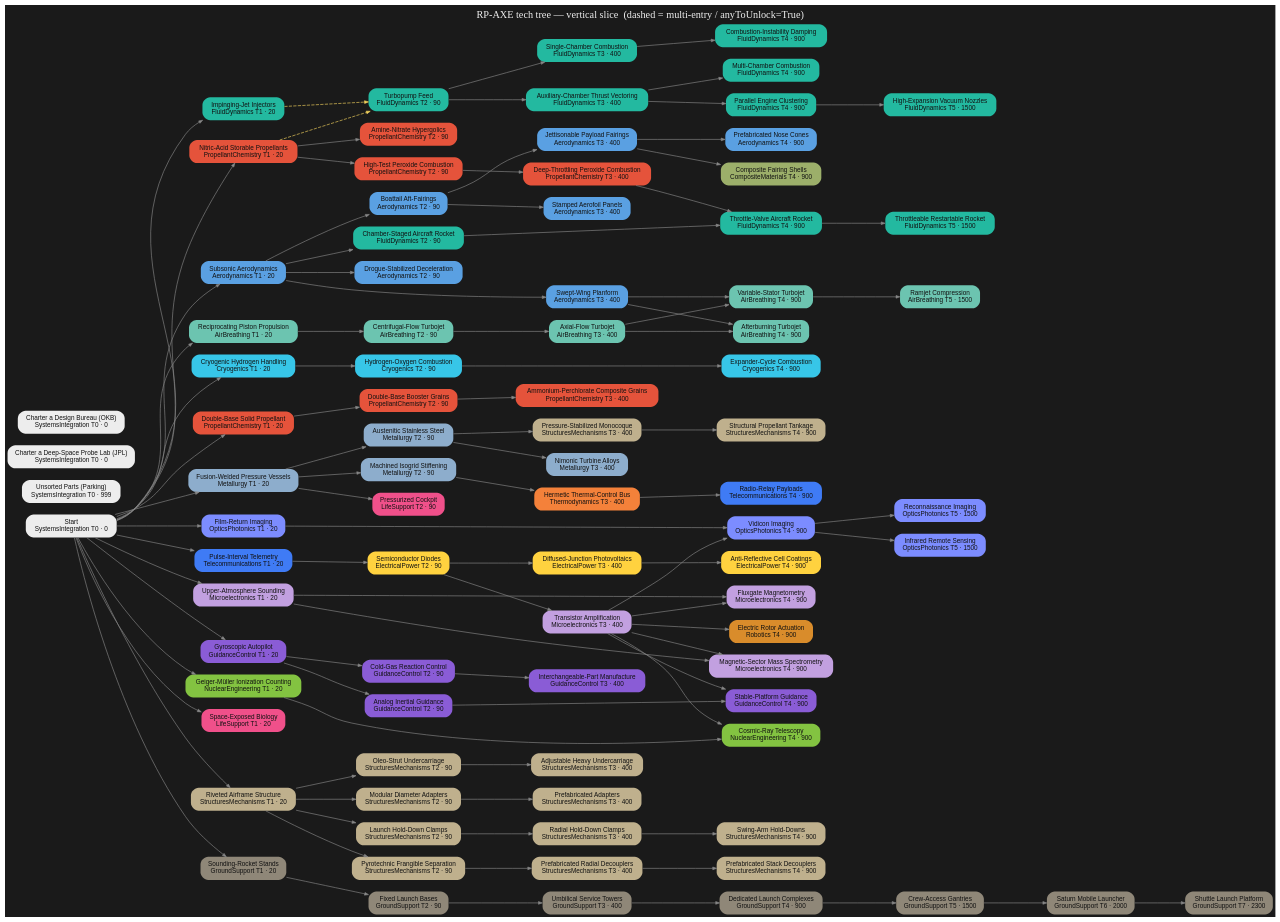
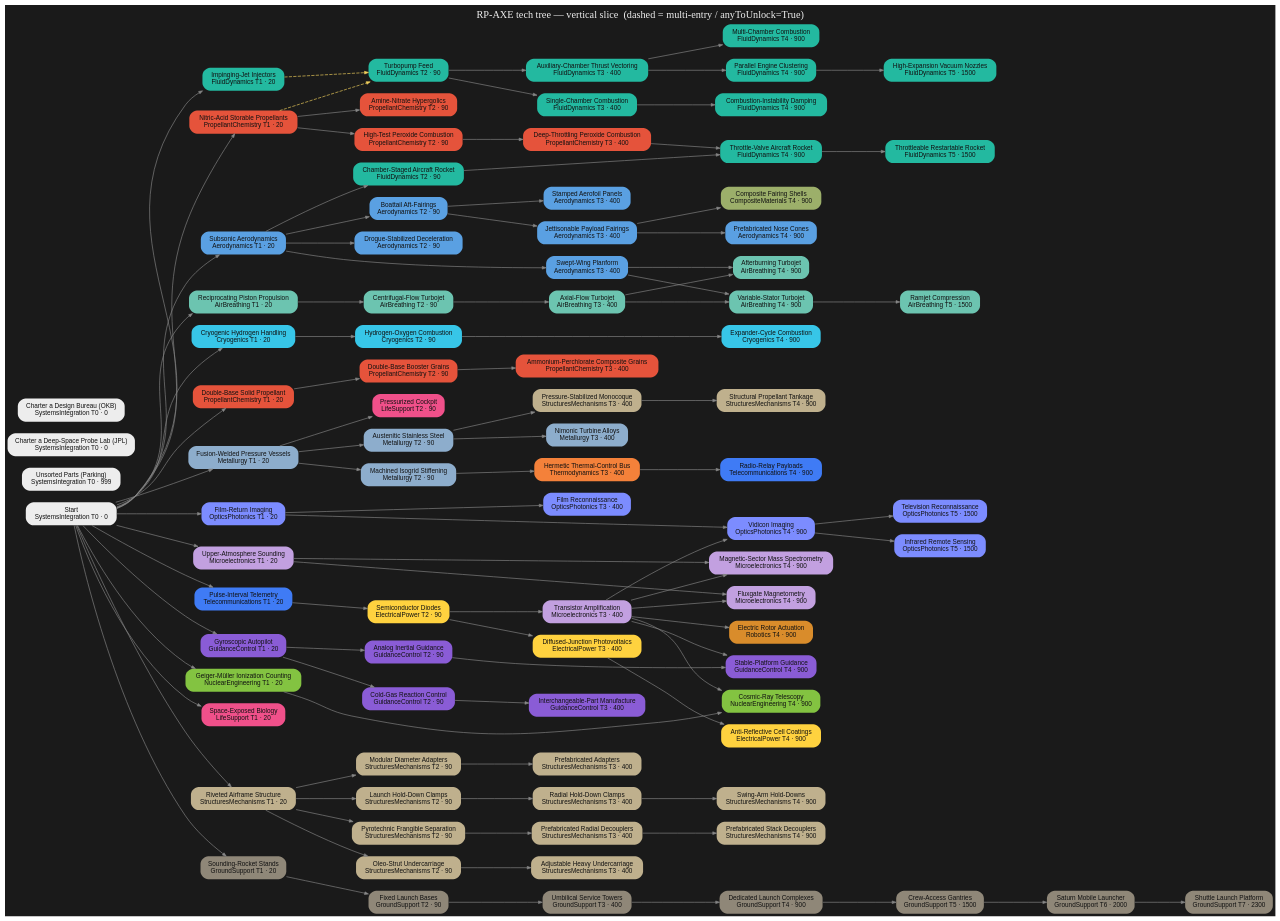
Before and after one commit to miskoltrans/RP-AXE: the diagram in tree/render/axe-tree.dot, drawn with Graphviz. The commit also changed 6 other files, not shown here.

First line of the commit message:
tree(band1): split Reconnaissance Imaging into film vs television recon

```diff
--- a/tree/render/axe-tree.dot
+++ b/tree/render/axe-tree.dot
@@ -87,14 +87,15 @@
   "gs_shuttlePad" [label="Shuttle Launch Platform\nGroundSupport T7 · 2300",fillcolor="#8f8778",fontcolor="#111111"];
   "aero_prefabNoseCones" [label="Prefabricated Nose Cones\nAerodynamics T4 · 900",fillcolor="#5aa0e2",fontcolor="#111111"];
   "nuc_cosmicRay" [label="Cosmic-Ray Telescopy\nNuclearEngineering T4 · 900",fillcolor="#83c341",fontcolor="#111111"];
-  "opt_recon" [label="Reconnaissance Imaging\nOpticsPhotonics T5 · 1500",fillcolor="#7c8cff",fontcolor="#111111"];
+  "opt_recon" [label="Film Reconnaissance\nOpticsPhotonics T3 · 400",fillcolor="#7c8cff",fontcolor="#111111"];
+  "opt_tvRecon" [label="Television Reconnaissance\nOpticsPhotonics T5 · 1500",fillcolor="#7c8cff",fontcolor="#111111"];
   "opt_remoteSensing" [label="Infrared Remote Sensing\nOpticsPhotonics T5 · 1500",fillcolor="#7c8cff",fontcolor="#111111"];
   { rank=same; "start" "parking" "hire_JPL" "hire_OKB" }
   { rank=same; "pc_storables" "cryo_hydrogen" "pc_doubleBaseSolid" "fd_injectors" "met_weldedTank" "tel_telemetry" "opt_filmReturn" "nuc_geiger" "bio_cultures" "mic_atmoSounding" "aero_subsonicWing" "str_structuralHardware" "gnc_postWarAvionics" "prop_recipEngine" "gs_soundingStands" }
   { rank=same; "fd_turbopumpFeed" "cryo_hydroloxPrototype" "pc_doubleBaseBooster" "pc_hypergolics" "pc_htp" "met_stainlessSteel" "met_isogrid" "str_staging" "elec_semiconductorDiode" "gnc_rcs" "aero_recovery" "str_landingGear" "av_centrifugalJet" "fd_rocketplaneRocket" "gnc_avionicsPrototypes" "aero_boattail" "str_diameterAdapters" "life_pilotedCockpits" "gs_launchClamps" "gs_launchBases" }
-  { rank=same; "fd_singleChamber" "fd_verniers" "pc_compositeSolid" "pc_stentor" "met_nimonic" "str_balloonTank" "aero_fairings" "th_hermeticBus" "elec_transistor" "elec_siliconPV" "str_adjustableGear" "av_axialJet" "aero_supersonicWing" "gnc_standardRCS" "aero_stampedWings" "str_prefabAdapters" "str_radialDecouplers" "gs_radialClamps" "gs_serviceTowers" }
+  { rank=same; "fd_singleChamber" "fd_verniers" "pc_compositeSolid" "pc_stentor" "met_nimonic" "str_balloonTank" "aero_fairings" "th_hermeticBus" "elec_transistor" "elec_siliconPV" "str_adjustableGear" "av_axialJet" "aero_supersonicWing" "gnc_standardRCS" "aero_stampedWings" "str_prefabAdapters" "str_radialDecouplers" "gs_radialClamps" "gs_serviceTowers" "opt_recon" }
   { rank=same; "fd_largeChamber" "fd_orbitalSoviet" "fd_orbitalMultiChamber" "cryo_expanderCycle" "rob_rotorActuation" "opt_vidicon" "mic_massSpec" "mic_magnetometer" "av_afterburner" "av_variableStator" "fd_throttleableRocketplane" "gnc_earlyAvionics" "str_serviceModuleTank" "cmp_compositeFairings" "elec_arCoatings" "str_standardDecouplers" "tel_appSatellites" "gs_holdDownArms" "gs_dedicatedComplexes" "aero_prefabNoseCones" "nuc_cosmicRay" }
-  { rank=same; "fd_matureOrbital" "av_ramjet" "fd_throttlingRocket" "gs_crewGantries" "opt_recon" "opt_remoteSensing" }
+  { rank=same; "fd_matureOrbital" "av_ramjet" "fd_throttlingRocket" "gs_crewGantries" "opt_tvRecon" "opt_remoteSensing" }
   { rank=same; "gs_saturnPad" }
   { rank=same; "gs_shuttlePad" }
   "start" -> "pc_storables" [style=solid];
@@ -187,7 +188,8 @@
   "aero_fairings" -> "aero_prefabNoseCones" [style=solid];
   "nuc_geiger" -> "nuc_cosmicRay" [style=solid];
   "elec_transistor" -> "nuc_cosmicRay" [style=solid];
-  "opt_vidicon" -> "opt_recon" [style=solid];
+  "opt_filmReturn" -> "opt_recon" [style=solid];
+  "opt_vidicon" -> "opt_tvRecon" [style=solid];
   "opt_vidicon" -> "opt_remoteSensing" [style=solid];
   labelloc="t"; fontcolor="#eeeeee"; fontsize=16;
   label="RP-AXE tech tree — vertical slice  (dashed = multi-entry / anyToUnlock=True)";
```
